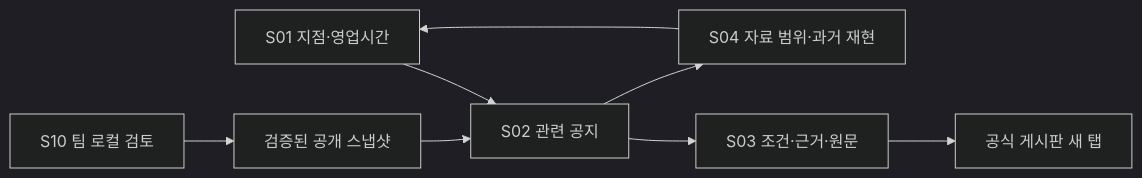
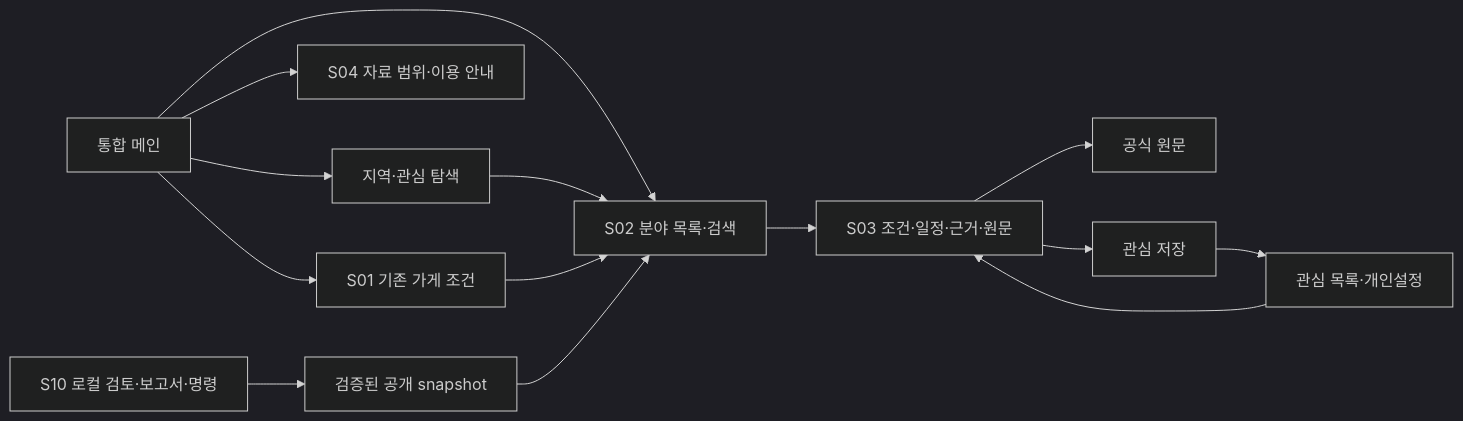
Before and after one commit to nam9ming/myai: the diagram in docs/spec/02_화면과모바일UX.md, drawn with Mermaid (dark theme). The commit also changed other lines of this file and 31 other files, not shown here.

````diff
--- a/docs/spec/02_화면과모바일UX.md
+++ b/docs/spec/02_화면과모바일UX.md
@@ -11,10 +9,16 @@
 ```mermaid
 flowchart LR
- A[S01 지점·영업시간] --> B[S02 관련 공지]
- B --> C[S03 조건·근거·원문]
- C --> D[공식 게시판 새 탭]
- B --> E[S04 자료 범위·과거 재현]
- E --> A
- F[S10 팀 로컬 검토] --> G[검증된 공개 스냅샷]
+ A[통합 메인] --> B[S02 분야 목록·검색]
+ A --> H[지역·관심 탐색]
+ H --> B
+ B --> C[S03 조건·일정·근거·원문]
+ C --> D[공식 원문]
+ C --> J[관심 저장]
+ J --> K[관심 목록·개인설정]
+ K --> C
+ A --> E[S04 자료 범위·이용 안내]
+ A --> L[S01 기존 가게 조건]
+ L --> B
+ F[S10 로컬 검토·보고서·명령] --> G[검증된 공개 snapshot]
  G --> B
 ```
````
